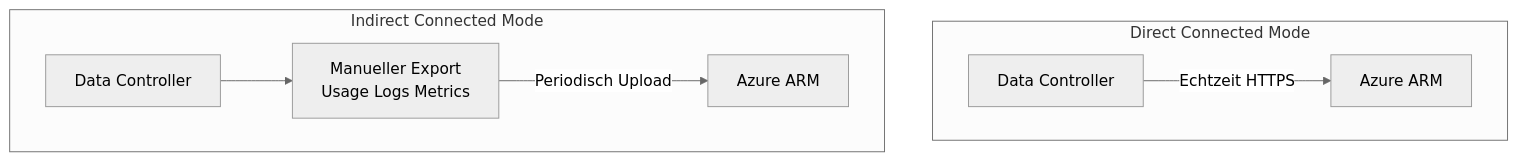
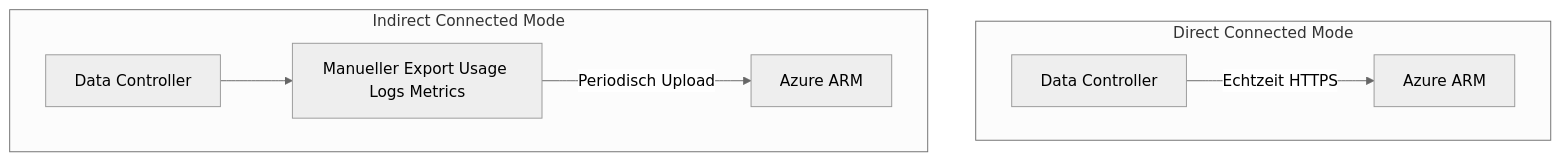
Before and after one commit to SoniiiT/notes-n-docs: the fourth of 7 diagrams in Microsoft 365/Azure/Arc/Arc-enabled Data Services.md, drawn with Mermaid (neutral theme). The commit also changed other lines of this file and 124 other files, not shown here.

First line of the commit message:
fix: Entferne \n aus allen Mermaid-Diagrammen (125 Dateien)

````diff
--- a/Microsoft 365/Azure/Arc/Arc-enabled Data Services.md
+++ b/Microsoft 365/Azure/Arc/Arc-enabled Data Services.md
@@ -249,16 +249,16 @@
 ```mermaid
 graph TD
     subgraph Direct Connected Mode
         DIRECT_CTRL[Data Controller]
         DIRECT_AZURE[Azure ARM]
         DIRECT_CTRL -->|Echtzeit HTTPS| DIRECT_AZURE
     end
 
     subgraph Indirect Connected Mode
         INDIRECT_CTRL[Data Controller]
-        EXPORT[Manueller Export\nUsage Logs Metrics]
+        EXPORT[Manueller Export Usage Logs Metrics]
         INDIRECT_AZURE[Azure ARM]
         INDIRECT_CTRL --> EXPORT
         EXPORT -->|Periodisch Upload| INDIRECT_AZURE
     end
 ```
````
